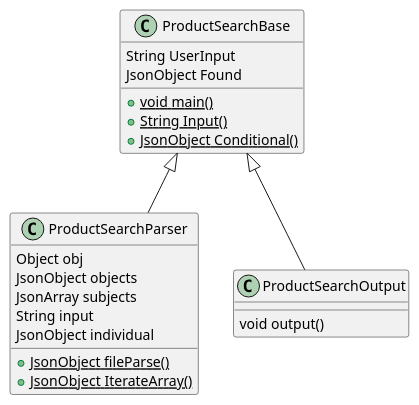
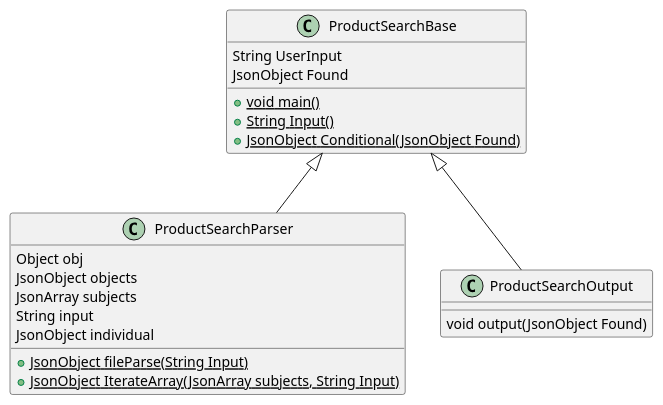
The diagram in docs/ex44.puml (SmokeIce593/parrish-cop3330-assignment3), drawn with PlantUML before and after one commit. The commit also changed 10 other files, not shown here.

```diff
--- a/docs/ex44.puml
+++ b/docs/ex44.puml
@@ -1,31 +1,31 @@
 @startuml
 'https://plantuml.com/class-diagram
 
 
 
 class ProductSearchParser{
-    + {static} JsonObject fileParse()
-    + {static} JsonObject IterateArray()
+    + {static} JsonObject fileParse(String Input)
+    + {static} JsonObject IterateArray(JsonArray subjects, String Input)
     Object obj
     JsonObject objects
     JsonArray subjects
     String input
     JsonObject individual
 }
 
 class ProductSearchBase{
     + {static} void main()
     + {static} String Input()
-    + {static} JsonObject Conditional()
+    + {static} JsonObject Conditional(JsonObject Found)
     String UserInput
     JsonObject Found
 
 }
 
 class ProductSearchOutput{
-    void output()
+    void output(JsonObject Found)
 }
 ProductSearchBase <|-- ProductSearchParser
 ProductSearchBase <|-- ProductSearchOutput
 
 @enduml
```
